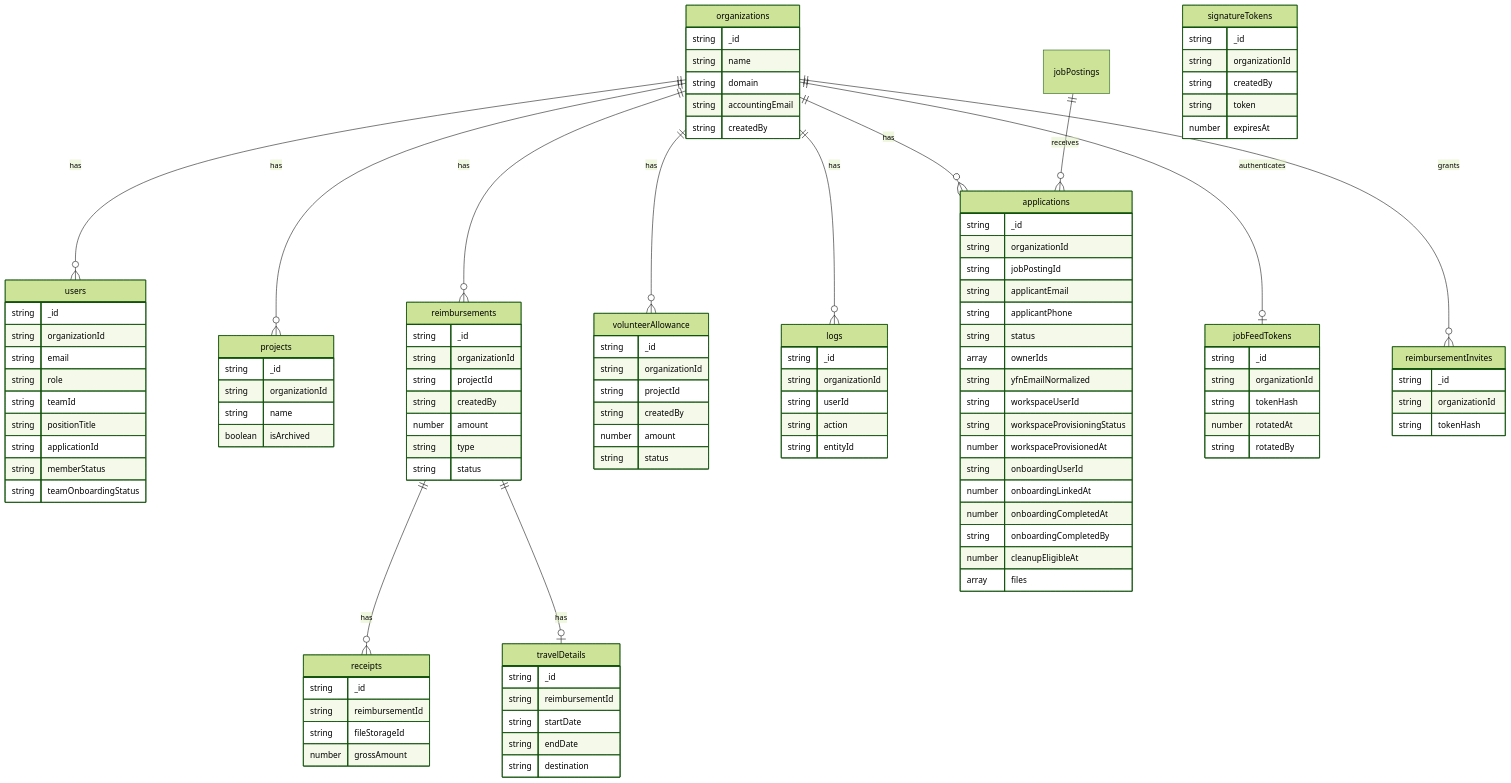
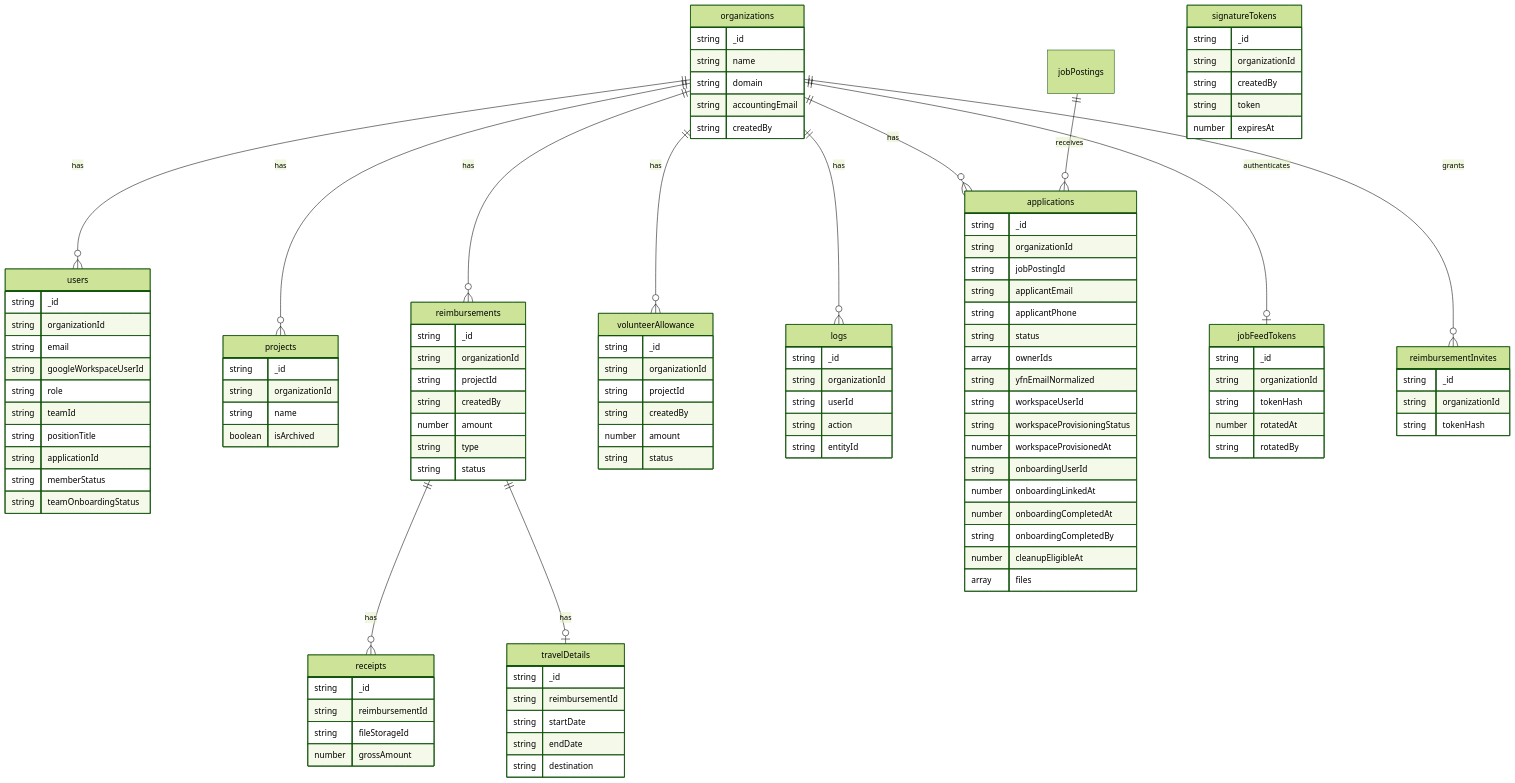
One commit to yfndev/ybase changed the diagram in docs/schema.md. Above: the diagram before and after it, drawn with Mermaid (forest theme). The commit also changed 15 other files, not shown here.

```diff
--- a/docs/schema.md
+++ b/docs/schema.md
@@ -44,6 +44,7 @@
         string _id
         string organizationId
         string email
+        string googleWorkspaceUserId
         string role
         string teamId
         string positionTitle
```
